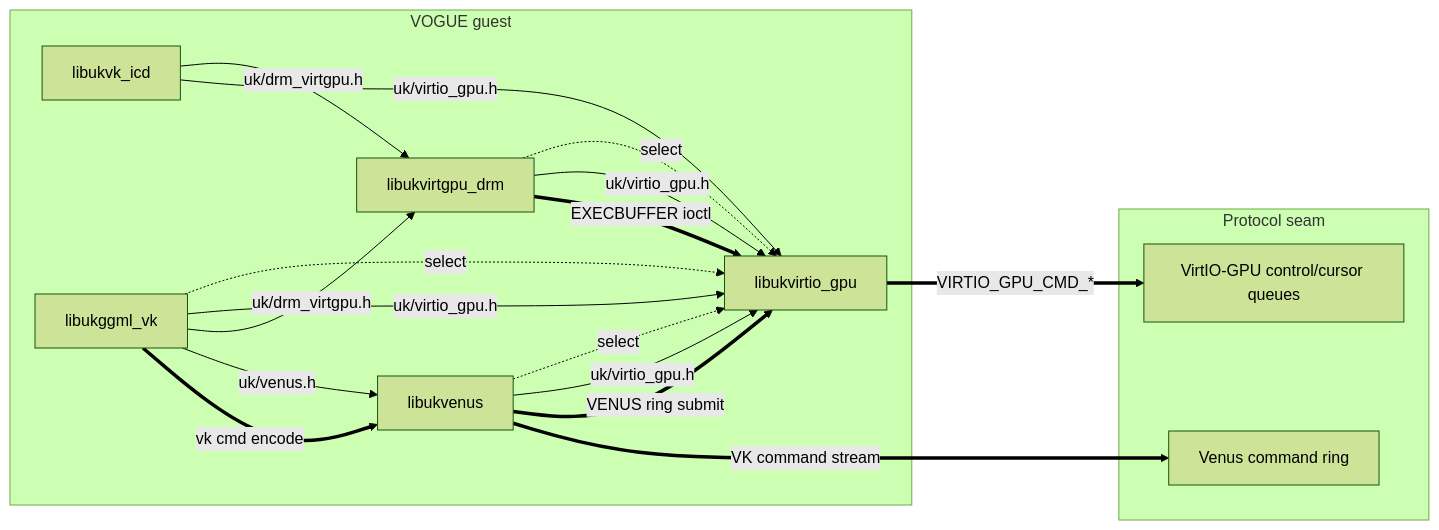
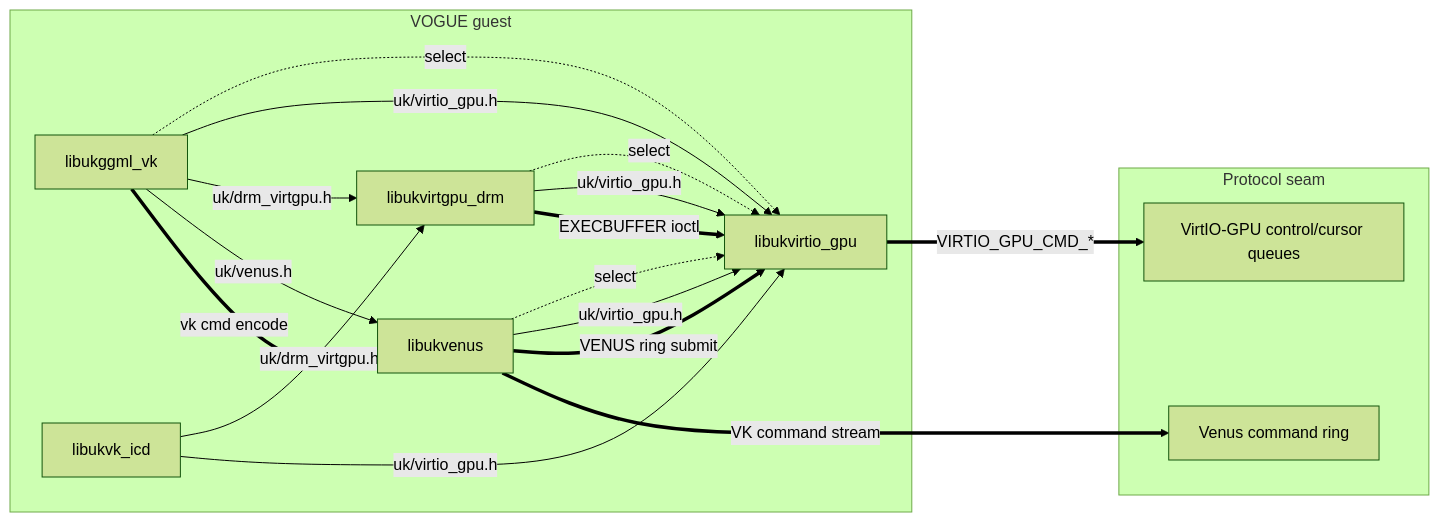
One commit to vm-final-project/virtio-gpu changed the diagram in results/depgraph/view-b-edge-kinds.mmd. Above: the diagram before and after it, drawn with Mermaid (forest theme). The commit also changed other lines of this file and 74 other files, not shown here.

```diff
--- a/results/depgraph/view-b-edge-kinds.mmd
+++ b/results/depgraph/view-b-edge-kinds.mmd
@@ -1,28 +1,28 @@
 %% View B: Edge Kinds
 flowchart LR
   subgraph vogue["VOGUE guest"]
+    vogue_libukvirtio_gpu["libukvirtio_gpu"]
+    vogue_libukggml_vk["libukggml_vk"]
+    vogue_libukvk_icd["libukvk_icd"]
+    vogue_libukvirtgpu_drm["libukvirtgpu_drm"]
     vogue_libukvenus["libukvenus"]
-    vogue_libukvk_icd["libukvk_icd"]
-    vogue_libukvirtio_gpu["libukvirtio_gpu"]
-    vogue_libukvirtgpu_drm["libukvirtgpu_drm"]
-    vogue_libukggml_vk["libukggml_vk"]
   end
   subgraph seam["Protocol seam"]
+    seam_venus_ring["Venus command ring"]
     seam_ctrlq["VirtIO-GPU control/cursor queues"]
-    seam_venus_ring["Venus command ring"]
   end
   vogue_libukggml_vk -.->|select| vogue_libukvirtio_gpu
   vogue_libukvenus -.->|select| vogue_libukvirtio_gpu
   vogue_libukvirtgpu_drm -.->|select| vogue_libukvirtio_gpu
   vogue_libukggml_vk -->|uk/virtio_gpu.h| vogue_libukvirtio_gpu
   vogue_libukggml_vk -->|uk/drm_virtgpu.h| vogue_libukvirtgpu_drm
   vogue_libukggml_vk -->|uk/venus.h| vogue_libukvenus
   vogue_libukvenus -->|uk/virtio_gpu.h| vogue_libukvirtio_gpu
   vogue_libukvirtgpu_drm -->|uk/virtio_gpu.h| vogue_libukvirtio_gpu
   vogue_libukvk_icd -->|uk/drm_virtgpu.h| vogue_libukvirtgpu_drm
   vogue_libukvk_icd -->|uk/virtio_gpu.h| vogue_libukvirtio_gpu
   vogue_libukggml_vk ==>|vk cmd encode| vogue_libukvenus
   vogue_libukvenus ==>|VENUS ring submit| vogue_libukvirtio_gpu
   vogue_libukvirtgpu_drm ==>|EXECBUFFER ioctl| vogue_libukvirtio_gpu
   vogue_libukvirtio_gpu ==>|VIRTIO_GPU_CMD_*| seam_ctrlq
   vogue_libukvenus ==>|VK command stream| seam_venus_ring
```
